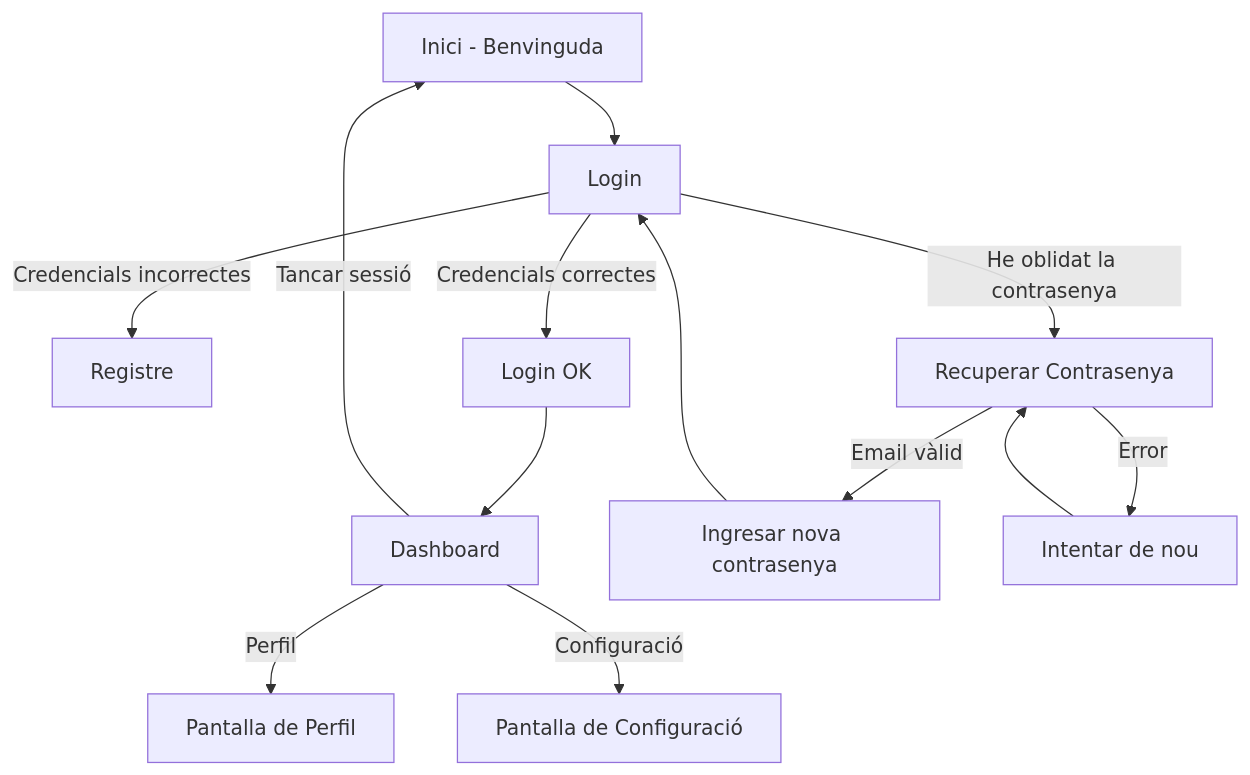
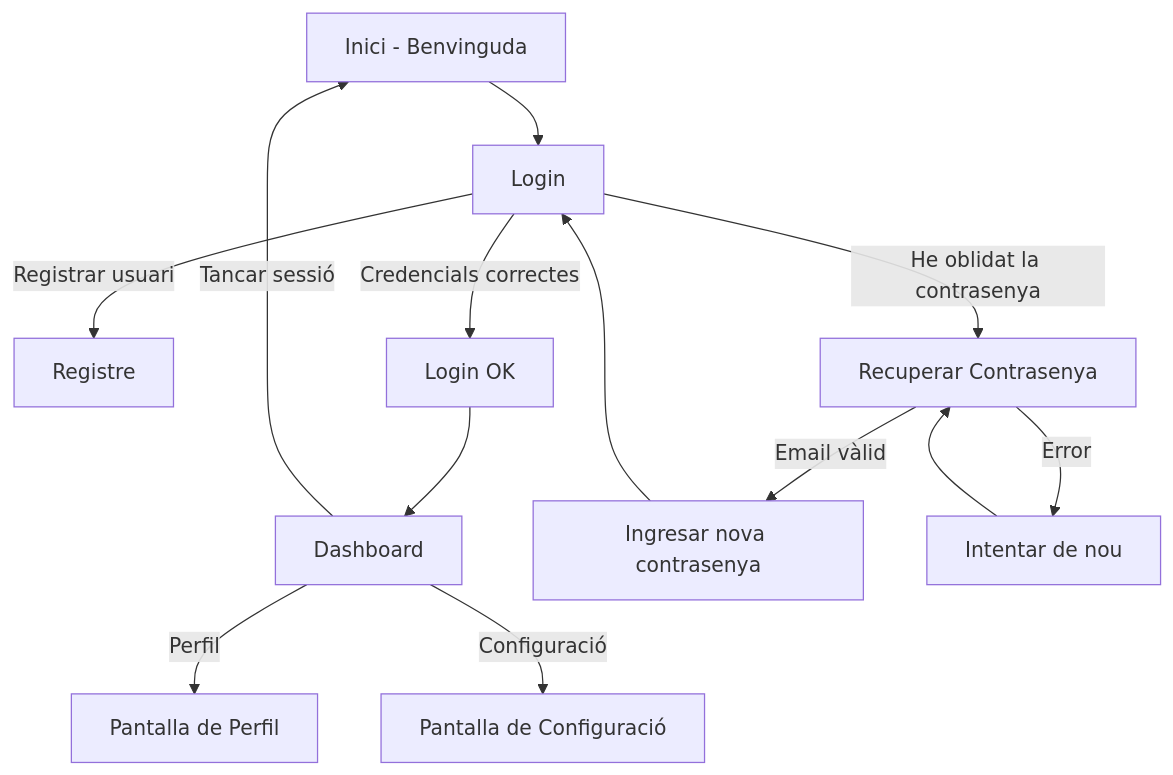
The diagram in charts/diagramaNavegacio.mmd (dmontes901/TapatApp), drawn with Mermaid before and after one commit.

```diff
--- a/charts/diagramaNavegacio.mmd
+++ b/charts/diagramaNavegacio.mmd
@@ -1,15 +1,15 @@
 flowchart TD;
     A["Inici - Benvinguda"] --> B["Login"];
-    B -->|Credencials incorrectes| C["Registre"];
+    B -->|Registrar usuari| C["Registre"];
     B -->|Credencials correctes| D["Login OK "];
     
     %% Continuación después del login exitoso
     D --> E["Dashboard"];
     E -->|Perfil| F["Pantalla de Perfil"];
     E -->|Configuració| G["Pantalla de Configuració"];
     E -->|Tancar sessió| A;
     
     %% Flujo de recuperación de contraseña
     B -->|He oblidat la contrasenya| H["Recuperar Contrasenya"];
     H -->|Email vàlid| I["Ingresar nova contrasenya"] --> B;
     H -->|Error| H1["Intentar de nou"] --> H;
```
